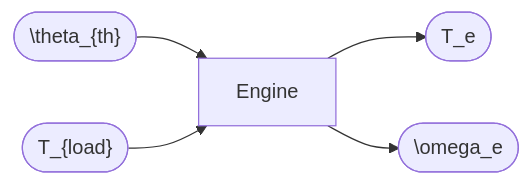
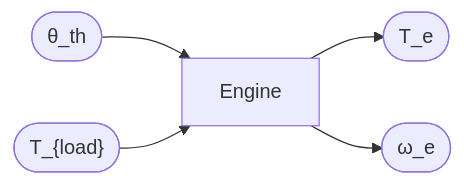
One commit to MelkorBalrog/VDSS---Vehicle-Dynamics-Safety-Simulator changed the third of 19 diagrams in README.md. Above: the diagram before and after it, drawn with Mermaid. The commit also changed other lines of this file, not shown here.

````diff
--- a/README.md
+++ b/README.md
@@ -174,9 +158,9 @@
 ```mermaid
 flowchart LR
-  theta_th(["\theta_{th}"])
+  theta_th(["θ_th"])
   load_torque(["T_{load}"])
   theta_th --> Engine
   load_torque --> Engine
   Engine --> T_e(["T_e"])
-  Engine --> omega_e(["\omega_e"])
+  Engine --> omega_e(["ω_e"])
 ```
````
